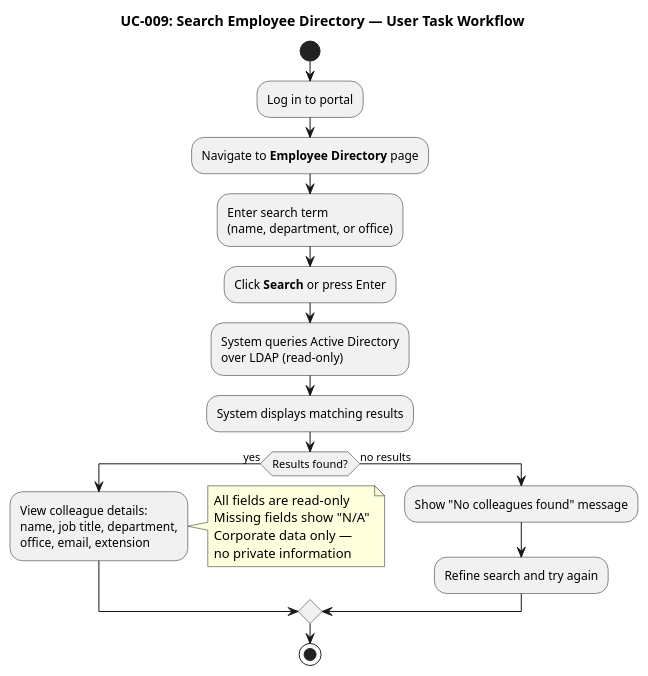
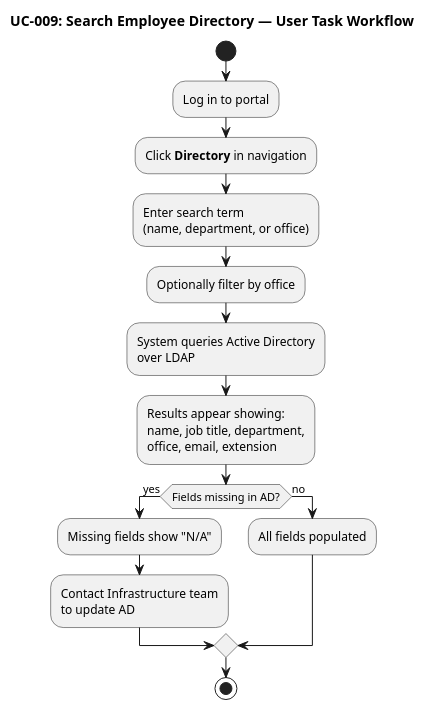
The eighth of 10 diagrams in docs/artifacts/deployment/user-documentation.md (banense-test/portal-cuba-corp), drawn with PlantUML before and after one commit. The commit also changed other lines of this file, not shown here.

````diff
--- a/docs/artifacts/deployment/user-documentation.md
+++ b/docs/artifacts/deployment/user-documentation.md
@@ -424,32 +428,27 @@
 ```plantuml
 @startuml
 title UC-009: Search Employee Directory — User Task Workflow
 
 skinparam activityStyle rounded
 
 start
 :Log in to portal;
-:Navigate to **Employee Directory** page;
+:Click **Directory** in navigation;
+
 :Enter search term\n(name, department, or office);
-:Click **Search** or press Enter;
+:Optionally filter by office;
 
-:System queries Active Directory\nover LDAP (read-only);
-:System displays matching results;
+:System queries Active Directory\nover LDAP;
+:Results appear showing:\nname, job title, department,\noffice, email, extension;
 
-if (Results found?) then (yes)
-  :View colleague details:\nname, job title, department,\noffice, email, extension;
-  note right
-    All fields are read-only
-    Missing fields show "N/A"
-    Corporate data only —
-    no private information
-  end note
-else (no results)
-  :Show "No colleagues found" message;
-  :Refine search and try again;
+if (Fields missing in AD?) then (yes)
+  :Missing fields show "N/A";
+  :Contact Infrastructure team\nto update AD;
+else (no)
+  :All fields populated;
 endif
 
 stop
 
 @enduml
 ```
````
